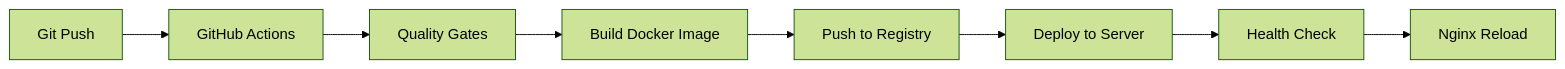
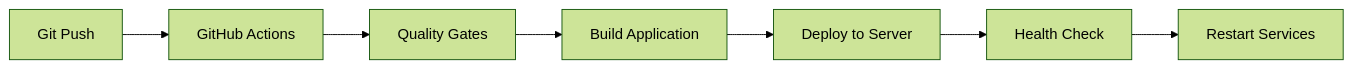
The diagram in docs/root-md/DEPLOYMENT.md (jcoler76/nectar-api), drawn with Mermaid (forest theme) before and after one commit. The commit also changed other lines of this file and 740 other files, not shown here.

````diff
--- a/docs/root-md/DEPLOYMENT.md
+++ b/docs/root-md/DEPLOYMENT.md
@@ -135,10 +134,9 @@
 ```mermaid
 graph LR
     A[Git Push] --> B[GitHub Actions]
     B --> C[Quality Gates]
-    C --> D[Build Docker Image]
-    D --> E[Push to Registry]
-    E --> F[Deploy to Server]
-    F --> G[Health Check]
-    G --> H[Nginx Reload]
+    C --> D[Build Application]
+    D --> E[Deploy to Server]
+    E --> F[Health Check]
+    F --> G[Restart Services]
 ```
````
